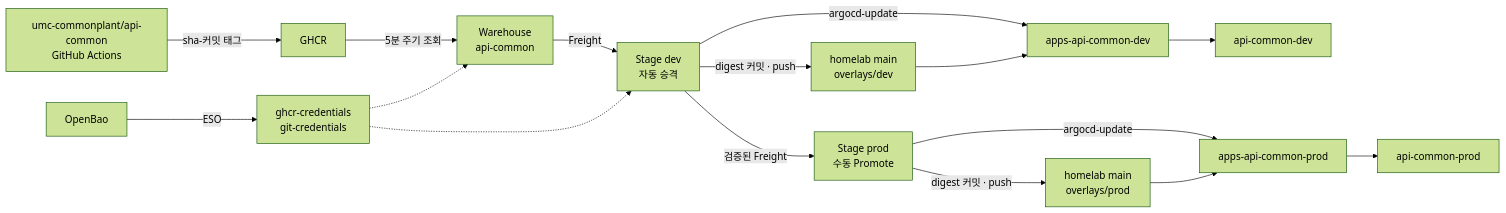
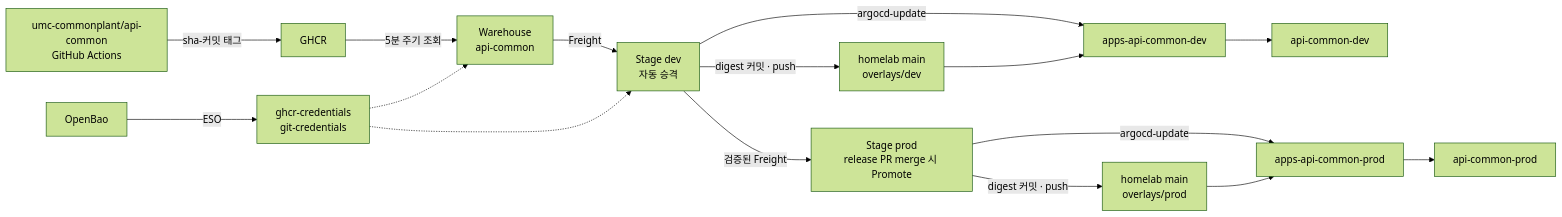
The diagram in docs/gitops/promotion.md (hweyoung/homelab), drawn with Mermaid (forest theme) before and after one commit. The commit also changed other lines of this file and 2 other files, not shown here.

````diff
--- a/docs/gitops/promotion.md
+++ b/docs/gitops/promotion.md
@@ -24,16 +24,16 @@
 ```mermaid
 flowchart LR
     SRC["umc-commonplant/api-common<br/>GitHub Actions"] -->|"sha-커밋 태그"| GHCR["GHCR"]
     GHCR -->|"5분 주기 조회"| WH["Warehouse<br/>api-common"]
     WH -->|"Freight"| DEV["Stage dev<br/>자동 승격"]
     DEV -->|"digest 커밋 · push"| GIT["homelab main<br/>overlays/dev"]
     DEV -->|"argocd-update"| ARGO["apps-api-common-dev"]
     GIT --> ARGO --> POD["api-common-dev"]
-    DEV -->|"검증된 Freight"| PROD["Stage prod<br/>수동 Promote"]
+    DEV -->|"검증된 Freight"| PROD["Stage prod<br/>release PR merge 시 Promote"]
     PROD -->|"digest 커밋 · push"| GITP["homelab main<br/>overlays/prod"]
     PROD -->|"argocd-update"| ARGOP["apps-api-common-prod"]
     GITP --> ARGOP --> PODP["api-common-prod"]
     BAO["OpenBao"] -->|"ESO"| CRED["ghcr-credentials<br/>git-credentials"]
     CRED -.-> WH
     CRED -.-> DEV
 ```
````
